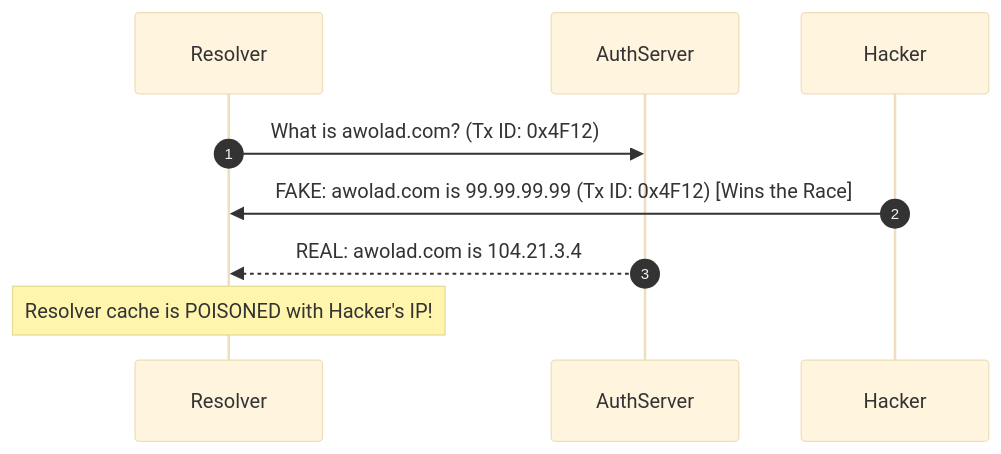
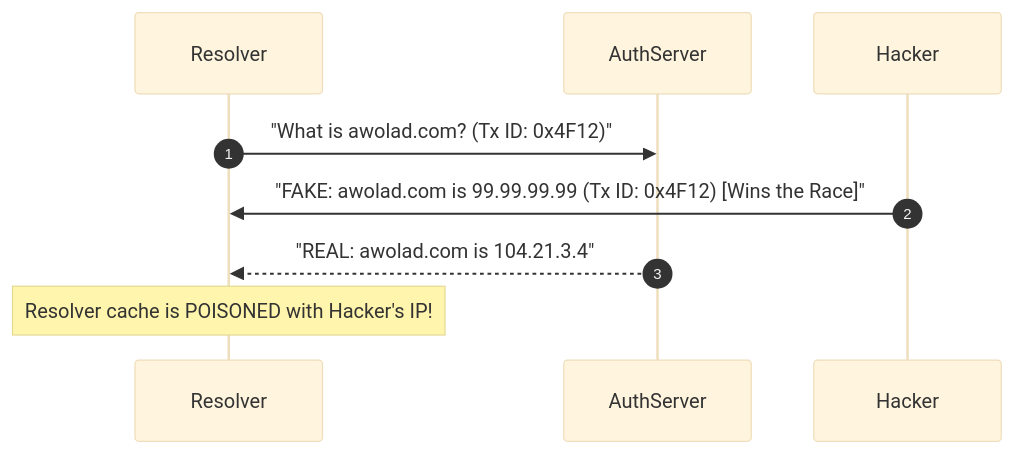
One commit to awoladhossain/awolad-docs changed diagram 27 of 41 in content/networking.md. Above: the diagram before and after it, drawn with Mermaid (base theme). The commit also changed other lines of this file, not shown here.

Commit message:
fix: sanitize all sequence diagrams in networking.md by escaping special characters and declaring participants to avoid browser rendering errors

````diff
--- a/content/networking.md
+++ b/content/networking.md
@@ -959,8 +959,8 @@
 ```mermaid
 sequenceDiagram
     autonumber
-    Resolver->>AuthServer: What is awolad.com? (Tx ID: 0x4F12)
-    Hacker->>Resolver: FAKE: awolad.com is 99.99.99.99 (Tx ID: 0x4F12) [Wins the Race]
-    AuthServer-->>Resolver: REAL: awolad.com is 104.21.3.4
+    Resolver->>AuthServer: "What is awolad.com? (Tx ID: 0x4F12)"
+    Hacker->>Resolver: "FAKE: awolad.com is 99.99.99.99 (Tx ID: 0x4F12) [Wins the Race]"
+    AuthServer-->>Resolver: "REAL: awolad.com is 104.21.3.4"
     Note over Resolver: Resolver cache is POISONED with Hacker's IP!
 ```
````
